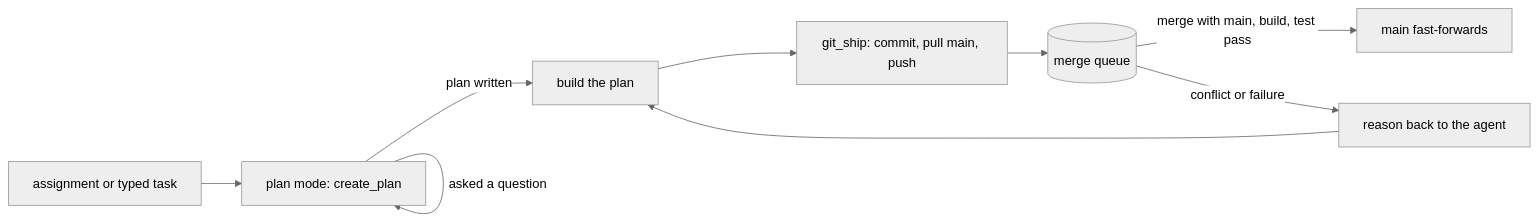
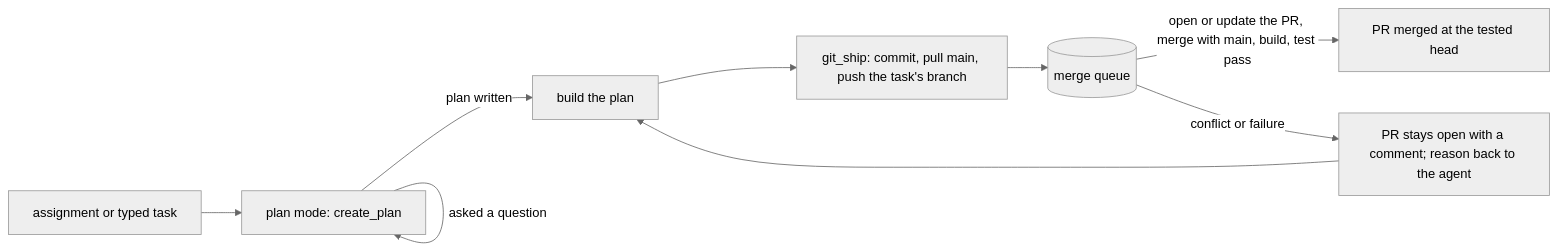
The diagram in docs/software-factory.md (cypher-asi/aura-harness), drawn with Mermaid (neutral theme) before and after one commit. The commit also changed other lines of this file, not shown here.

Commit message:
Software factory doc: pull requests are the default; merging straight into main is the opt-in

````diff
--- a/docs/software-factory.md
+++ b/docs/software-factory.md
@@ -9,11 +14,11 @@
 ```mermaid
 flowchart LR
     A[assignment or typed task] --> P[plan mode: create_plan]
     P -- plan written --> B[build the plan]
     P -- asked a question --> P
-    B --> S[git_ship: commit, pull main, push]
+    B --> S[git_ship: commit, pull main, push the task's branch]
     S --> Q[(merge queue)]
-    Q -- merge with main, build, test pass --> M[main fast-forwards]
-    Q -- conflict or failure --> F[reason back to the agent]
+    Q -- open or update the PR, merge with main, build, test pass --> M[PR merged at the tested head]
+    Q -- conflict or failure --> F[PR stays open with a comment; reason back to the agent]
     F --> B
 ```
````
